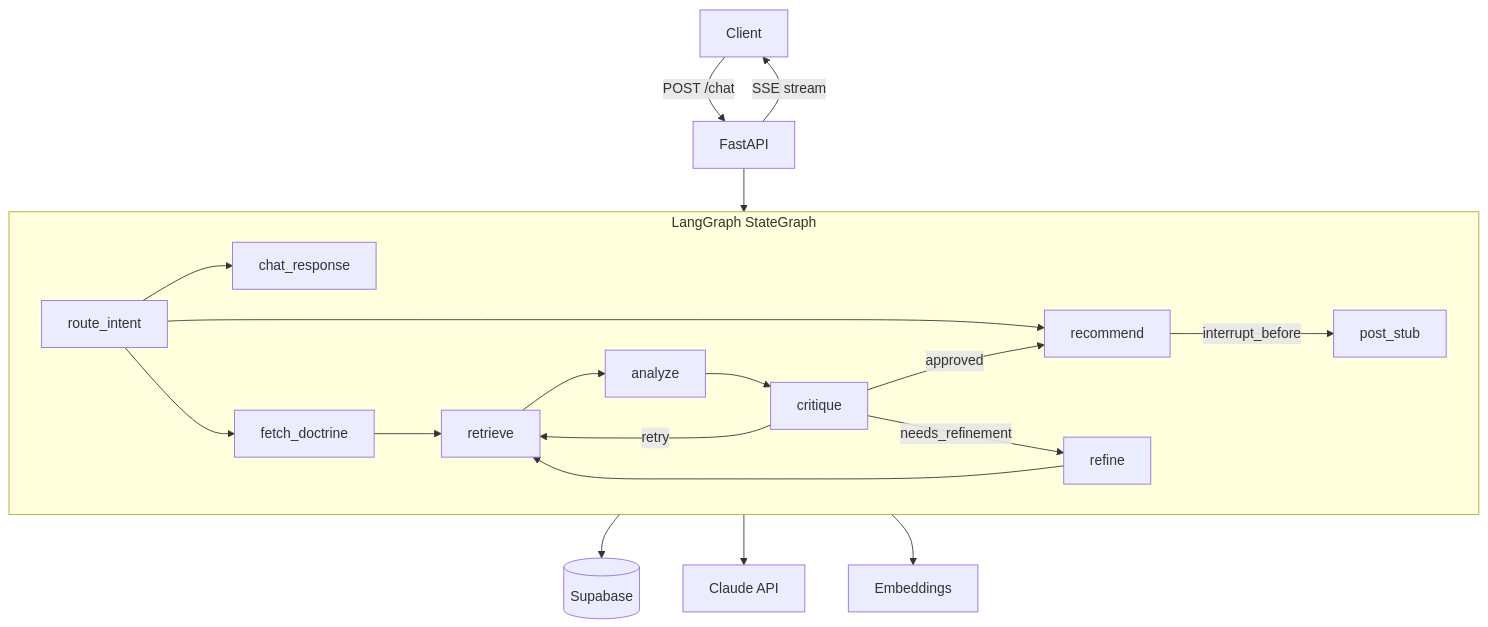
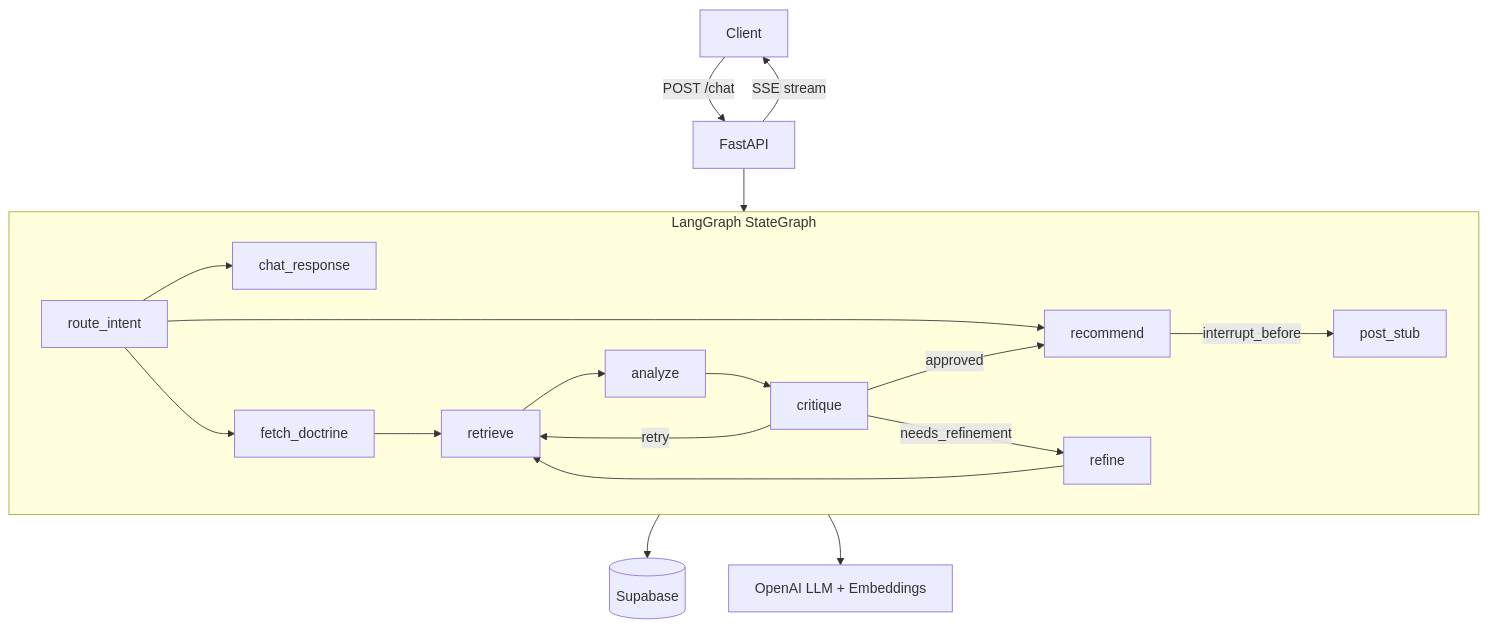
Before and after one commit to TCPsysadmin/joint-platform-backend: the diagram in README.md, drawn with Mermaid. The commit also changed other lines of this file and 18 other files, not shown here.

````diff
--- a/README.md
+++ b/README.md
@@ -11,24 +11,23 @@
 ```mermaid
 graph TD
     Client -->|POST /chat| FastAPI
     FastAPI -->|SSE stream| Client
     FastAPI --> Graph
 
     subgraph Graph [LangGraph StateGraph]
         RI[route_intent] --> CR[chat_response]
         RI --> FD[fetch_doctrine]
         RI --> REC[recommend]
         FD --> RTV[retrieve]
         RTV --> AN[analyze]
         AN --> CRQ[critique]
         CRQ -->|approved| REC
         CRQ -->|needs_refinement| RF[refine]
         CRQ -->|retry| RTV
         RF --> RTV
         REC -->|interrupt_before| PS[post_stub]
     end
 
     Graph --> Supabase[(Supabase)]
-    Graph --> Anthropic[Claude API]
-    Graph --> OpenAI[Embeddings]
+    Graph --> OpenAI[OpenAI LLM + Embeddings]
 ```
````
